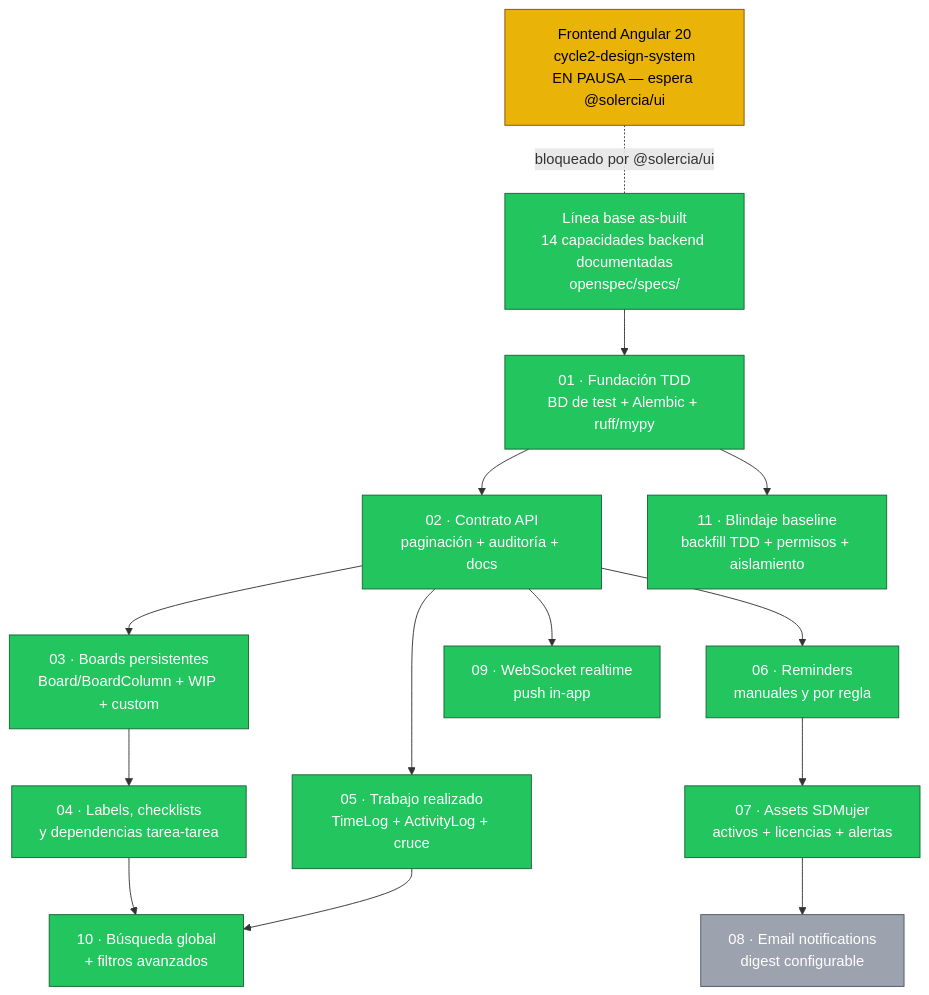
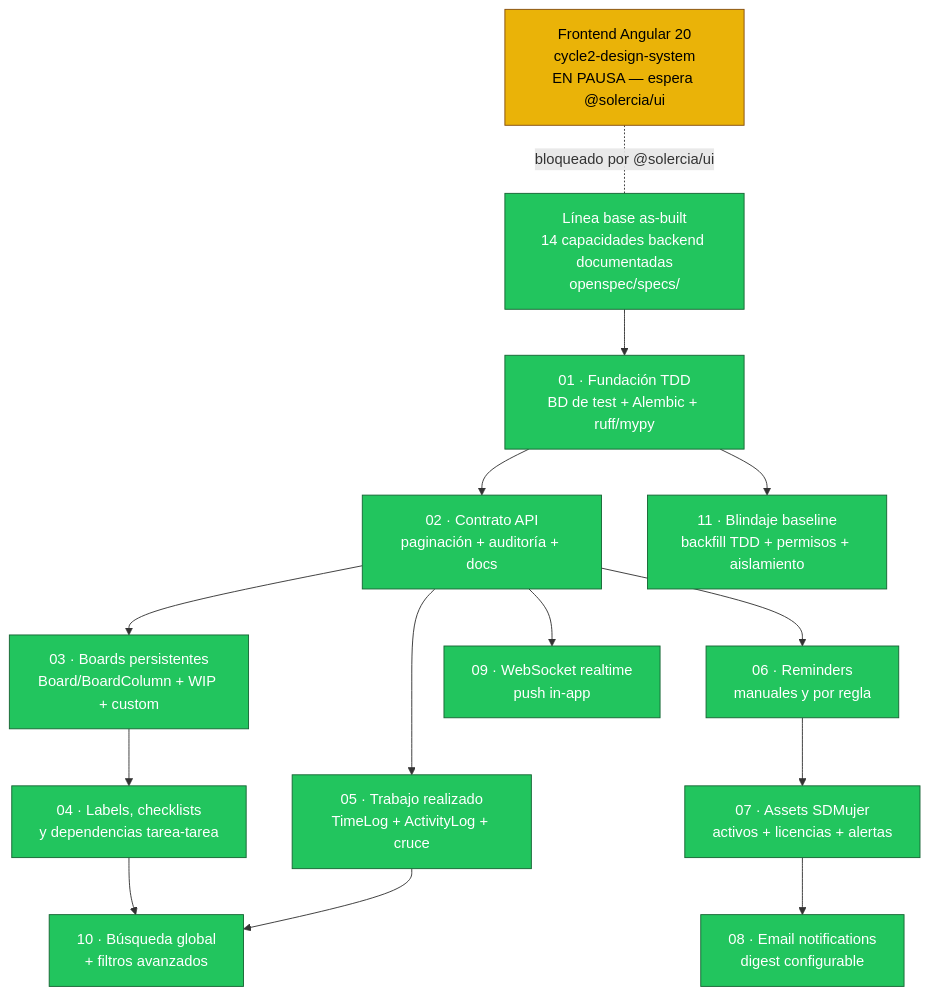
Before and after one commit to solercia-solutions/solercia-command: the diagram in openspec/AVANCE.md, drawn with Mermaid. The commit also changed other lines of this file and 12 other files, not shown here.

Commit message:
docs(sdd): archivar 08-email-notifications — canal email agnóstico al provider con digest configurable (539 tests, roadmap backend completo)

````diff
--- a/openspec/AVANCE.md
+++ b/openspec/AVANCE.md
@@ -9,48 +9,48 @@
 ```mermaid
 flowchart TD
     B0["Línea base as-built<br/>14 capacidades backend documentadas<br/>openspec/specs/"]
 
     C01["01 · Fundación TDD<br/>BD de test + Alembic + ruff/mypy"]
     C02["02 · Contrato API<br/>paginación + auditoría + docs"]
     C03["03 · Boards persistentes<br/>Board/BoardColumn + WIP + custom"]
     C04["04 · Labels, checklists<br/>y dependencias tarea-tarea"]
     C05["05 · Trabajo realizado<br/>TimeLog + ActivityLog + cruce"]
     C11["11 · Blindaje baseline<br/>backfill TDD + permisos + aislamiento"]
     C06["06 · Reminders<br/>manuales y por regla"]
     C07["07 · Assets SDMujer<br/>activos + licencias + alertas"]
     C08["08 · Email notifications<br/>digest configurable"]
     C09["09 · WebSocket realtime<br/>push in-app"]
     C10["10 · Búsqueda global<br/>+ filtros avanzados"]
 
     FE["Frontend Angular 20<br/>cycle2-design-system<br/>EN PAUSA — espera @solercia/ui"]
 
     B0 --> C01
     C01 --> C02
     C01 --> C11
     C02 --> C03 --> C04
     C02 --> C05
     C02 --> C06 --> C07 --> C08
     C02 --> C09
     C04 --> C10
     C05 --> C10
 
     FE -.bloqueado por @solercia/ui.- B0
 
     class B0 done
     class C01 done
     class C02 done
     class C03 done
     class C04 done
     class C05 done
     class C06 done
     class C07 done
+    class C08 done
     class C09 done
     class C10 done
     class C11 done
     class FE inprogress
-    class C08 pending
 
     classDef done fill:#22c55e,stroke:#166534,color:#ffffff
     classDef inprogress fill:#eab308,stroke:#854d0e,color:#000000
     classDef pending fill:#9ca3af,stroke:#4b5563,color:#ffffff
 ```
````
